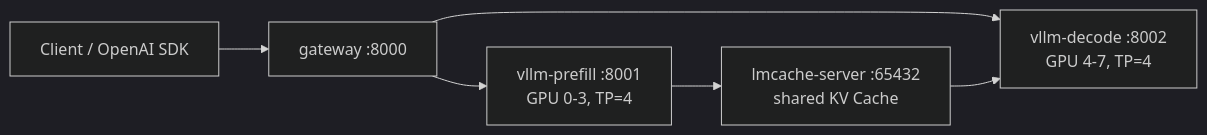
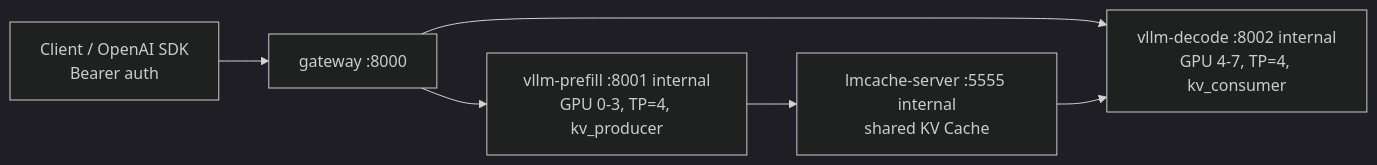
One commit to tt-52101/ai-infra changed the diagram in docs/mvp-pd-separation-design.md. Above: the diagram before and after it, drawn with Mermaid (dark theme). The commit also changed other lines of this file and 22 other files, not shown here.

````diff
--- a/docs/mvp-pd-separation-design.md
+++ b/docs/mvp-pd-separation-design.md
@@ -74,8 +74,8 @@
 ```mermaid
 flowchart LR
-    client["Client / OpenAI SDK"] --> gateway["gateway :8000"]
-    gateway --> prefill["vllm-prefill :8001<br/>GPU 0-3, TP=4"]
-    prefill --> lmcache["lmcache-server :65432<br/>shared KV Cache"]
-    gateway --> decode["vllm-decode :8002<br/>GPU 4-7, TP=4"]
+    client["Client / OpenAI SDK<br/>Bearer auth"] --> gateway["gateway :8000"]
+    gateway --> prefill["vllm-prefill :8001 internal<br/>GPU 0-3, TP=4, kv_producer"]
+    prefill --> lmcache["lmcache-server :5555 internal<br/>shared KV Cache"]
+    gateway --> decode["vllm-decode :8002 internal<br/>GPU 4-7, TP=4, kv_consumer"]
     lmcache --> decode
 ```
````
